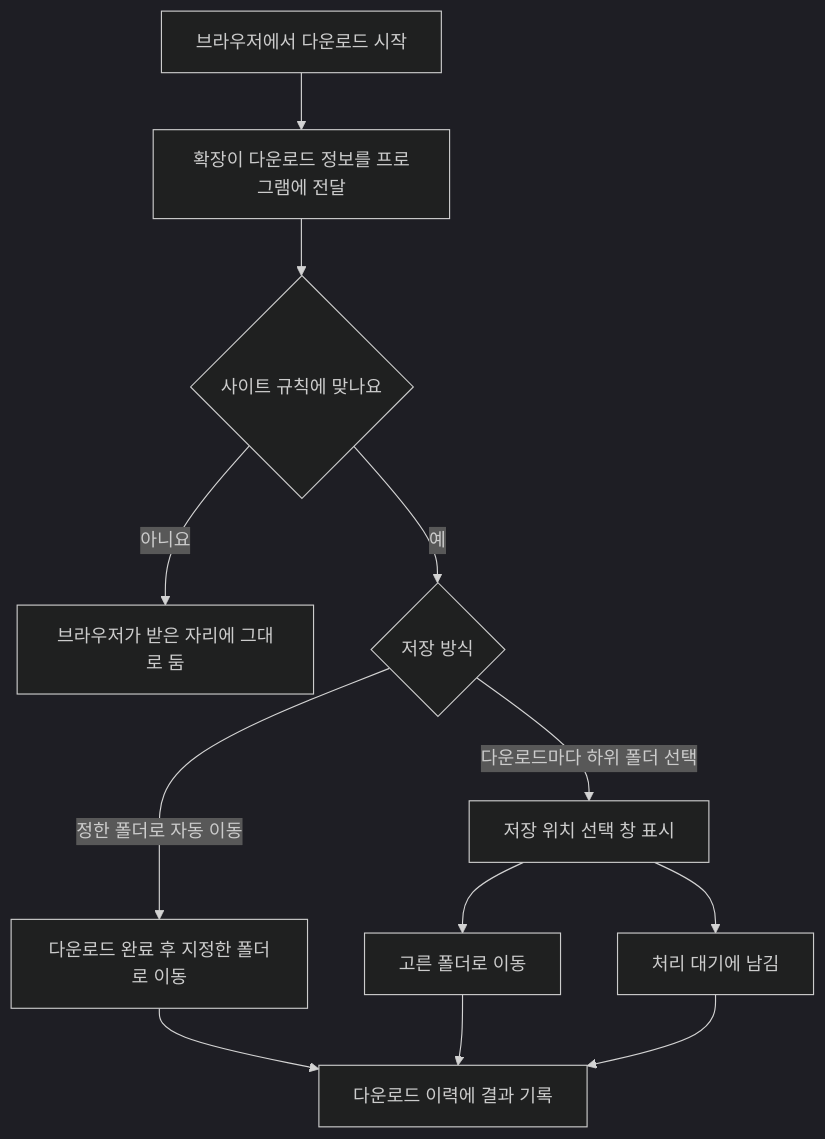
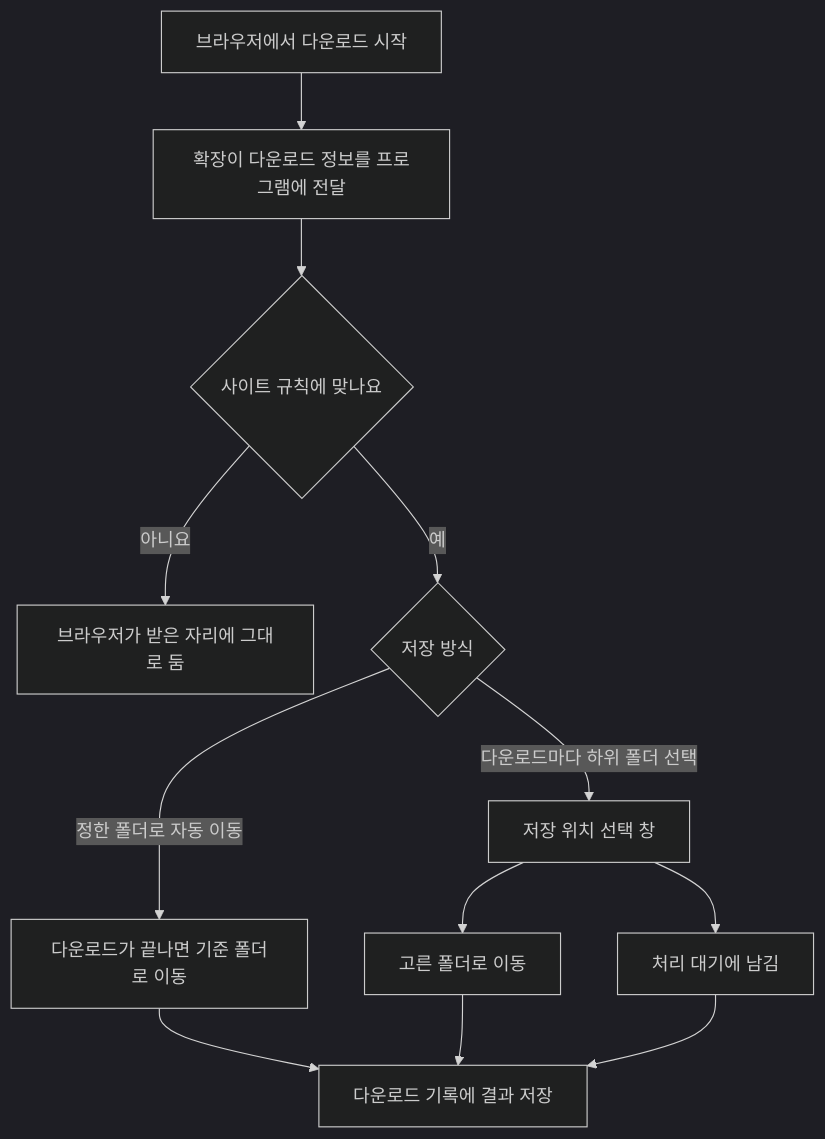
The diagram in README.md (esleeeeee/eslee-download-router), drawn with Mermaid (dark theme) before and after one commit. The commit also changed other lines of this file and 28 other files, not shown here.

````diff
--- a/README.md
+++ b/README.md
@@ -331,14 +273,14 @@
 ```mermaid
 flowchart TD
     A[브라우저에서 다운로드 시작] --> B[확장이 다운로드 정보를 프로그램에 전달]
     B --> C{사이트 규칙에 맞나요}
     C -->|아니요| Z[브라우저가 받은 자리에 그대로 둠]
     C -->|예| D{저장 방식}
-    D -->|정한 폴더로 자동 이동| E[다운로드 완료 후 지정한 폴더로 이동]
-    D -->|다운로드마다 하위 폴더 선택| F[저장 위치 선택 창 표시]
+    D -->|정한 폴더로 자동 이동| E[다운로드가 끝나면 기준 폴더로 이동]
+    D -->|다운로드마다 하위 폴더 선택| F[저장 위치 선택 창]
     F --> G[고른 폴더로 이동]
     F --> H[처리 대기에 남김]
-    E --> I[다운로드 이력에 결과 기록]
+    E --> I[다운로드 기록에 결과 저장]
     G --> I
     H --> I
 ```
````
